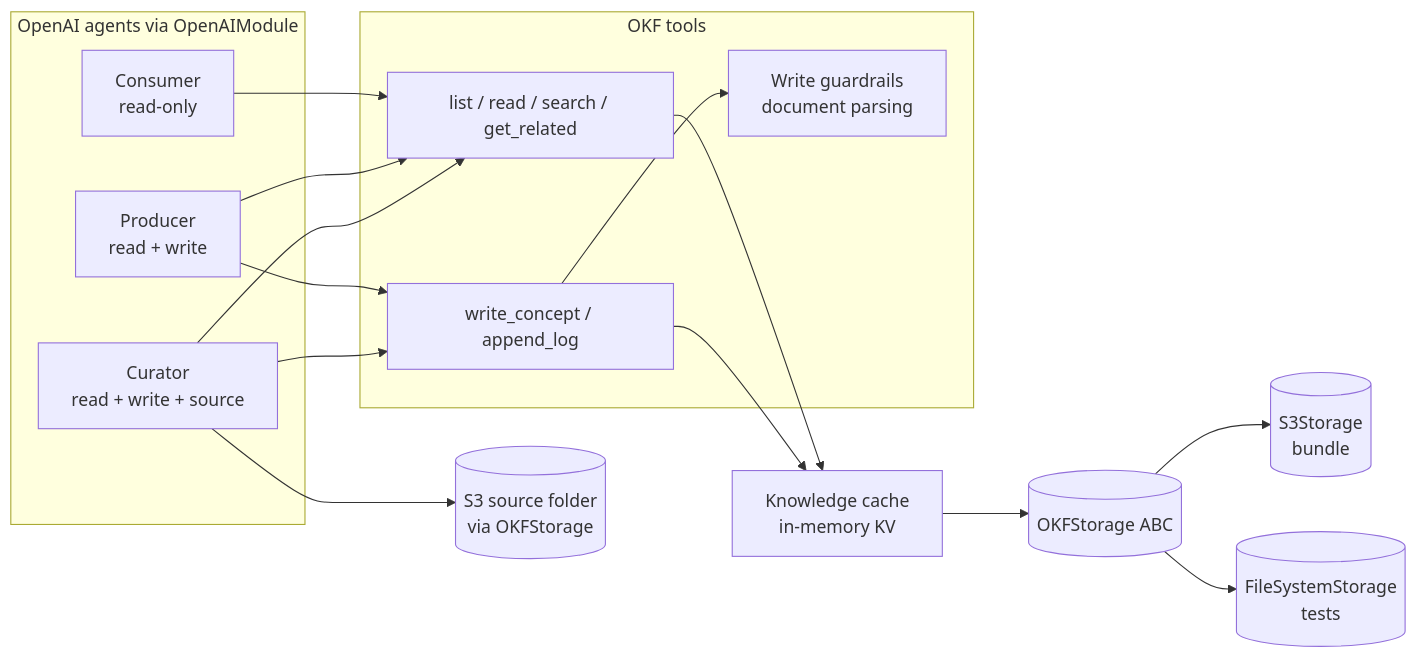
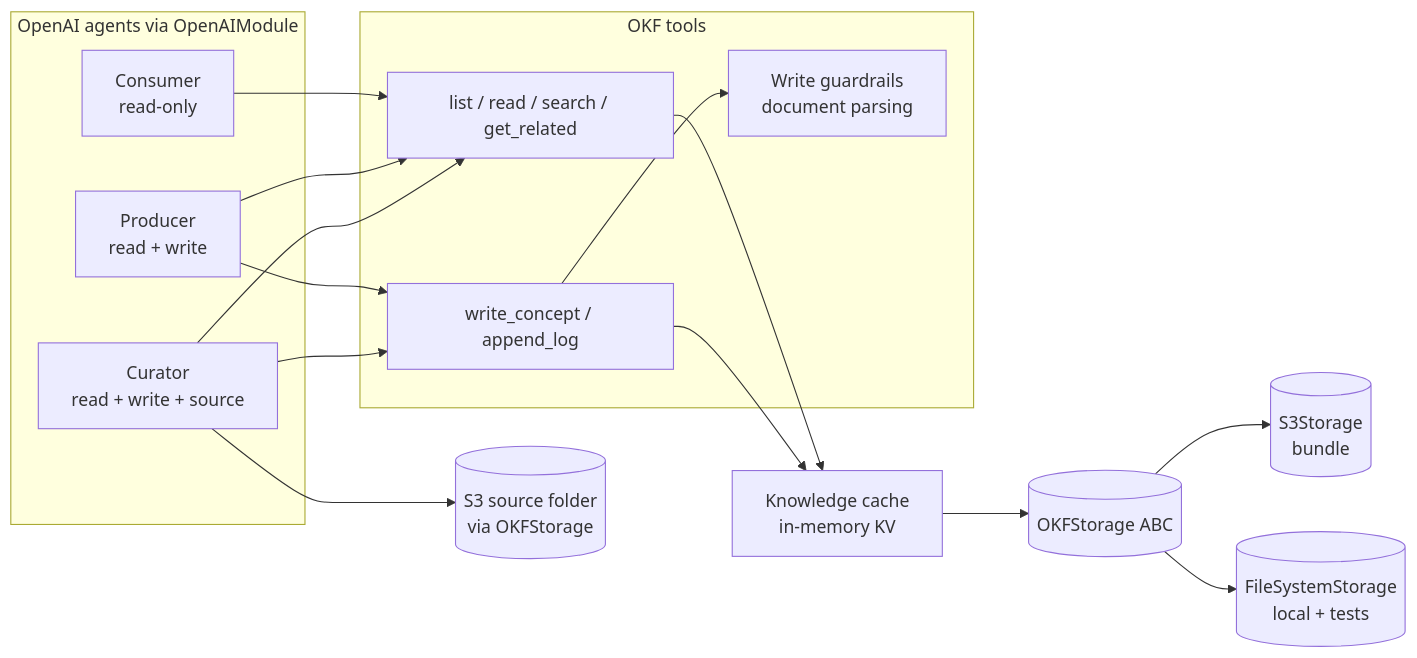
The diagram in docs/specs/499-OKF-exploration/design.md (izzathnisfer/agent-kernel), drawn with Mermaid before and after one commit. The commit also changed other lines of this file, not shown here.

Commit message:
feat: Enhance OKF example implementation with local filesystem support and improved README documentation

````diff
--- a/docs/specs/499-OKF-exploration/design.md
+++ b/docs/specs/499-OKF-exploration/design.md
@@ -202,31 +246,31 @@
 ```mermaid
 graph LR
     subgraph Agents [OpenAI agents via OpenAIModule]
         C[Consumer<br/>read-only]
         P[Producer<br/>read + write]
         K[Curator<br/>read + write + source]
     end
     subgraph Tools [OKF tools]
         R[list / read / search / get_related]
         W[write_concept / append_log]
         G[Write guardrails<br/>document parsing]
     end
     KC[Knowledge cache<br/>in-memory KV]
     S[(OKFStorage ABC)]
     S3[(S3Storage<br/>bundle)]
-    FS[(FileSystemStorage<br/>tests)]
+    FS[(FileSystemStorage<br/>local + tests)]
     SRC[(S3 source folder<br/>via OKFStorage)]
 
     C --> R
     P --> R
     P --> W
     K --> R
     K --> W
     K --> SRC
     W --> G
     R --> KC
     W --> KC
     KC --> S
     S --> S3
     S --> FS
 ```
````
